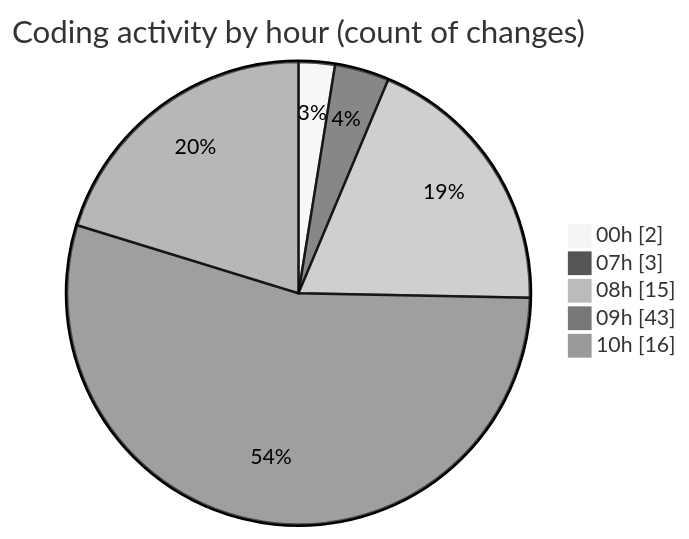
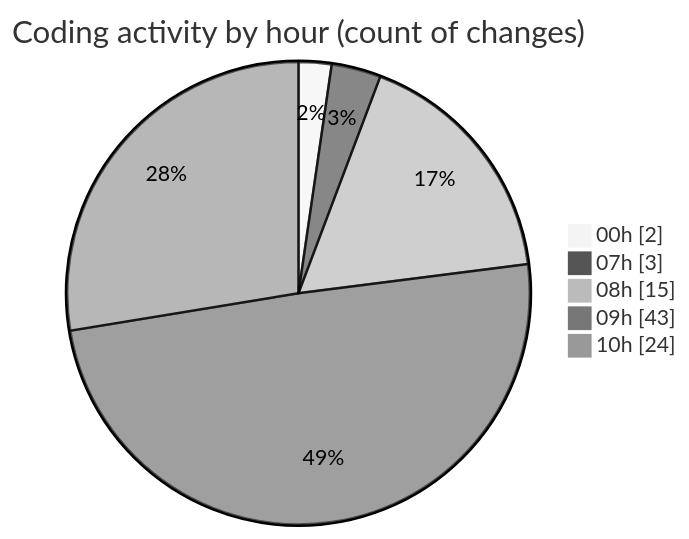
The second of 2 diagrams in 2025-02-10/maps_clone/README.md (donsfak/code-tracking), drawn with Mermaid (neutral theme) before and after one commit. The commit also changed other lines of this file and 1 other file, not shown here.

````diff
--- a/2025-02-10/maps_clone/README.md
+++ b/2025-02-10/maps_clone/README.md
@@ -38,9 +38,9 @@
 ```mermaid
 pie showData
 title Coding activity by hour (count of changes)
 "00h" : 2
 "07h" : 3
 "08h" : 15
 "09h" : 43
-"10h" : 16
+"10h" : 24
 ```
````
